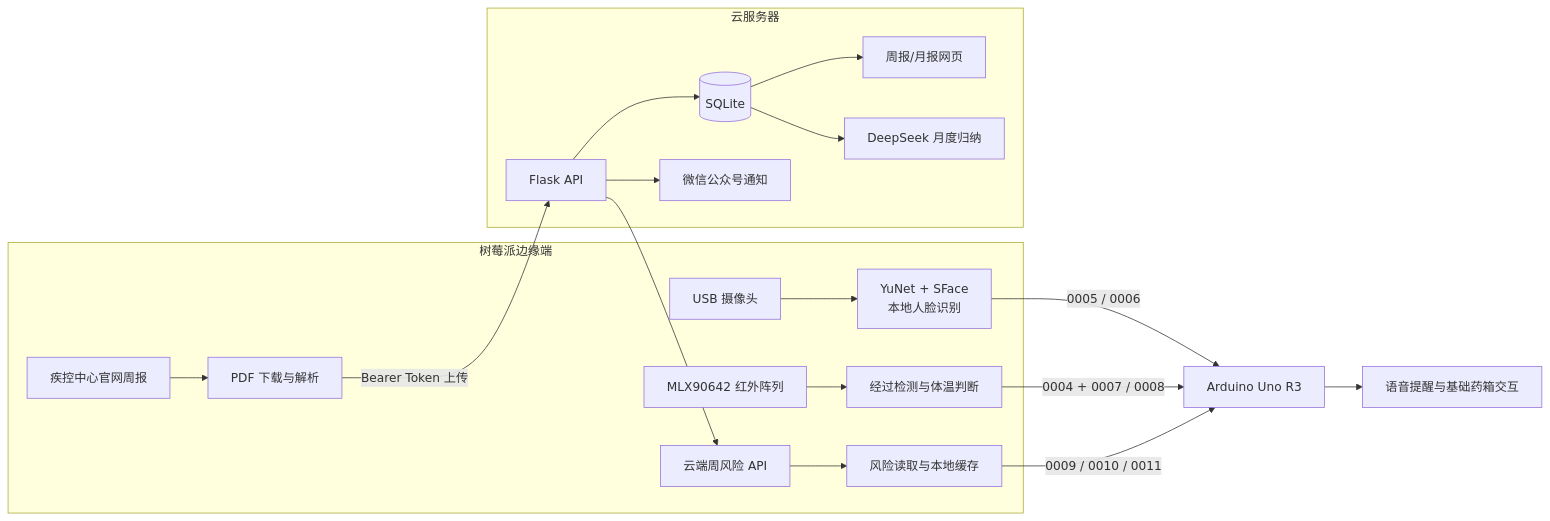
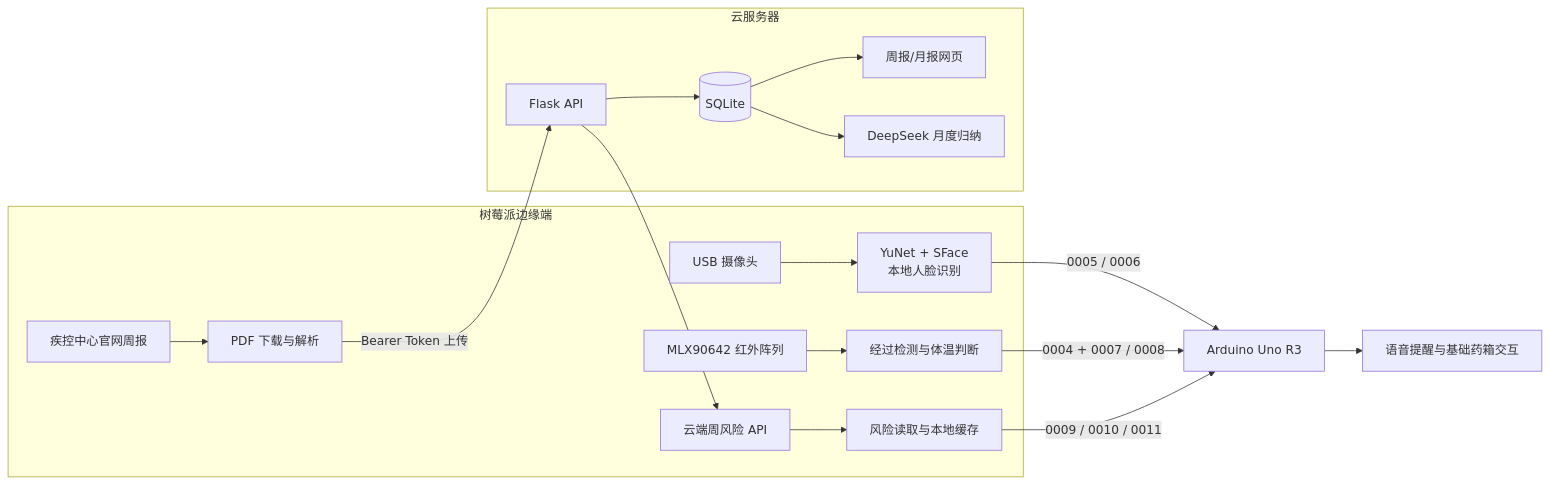
The diagram in README.md (hun01108-eng/medicine-box-face-demo), drawn with Mermaid before and after one commit. The commit also changed other lines of this file and 16 other files, not shown here.

````diff
--- a/README.md
+++ b/README.md
@@ -26,24 +25,23 @@
 ```mermaid
 flowchart LR
     subgraph Edge[树莓派边缘端]
         USB[USB 摄像头] --> FACE[YuNet + SFace\n本地人脸识别]
         IR[MLX90642 红外阵列] --> THERMAL[经过检测与体温判断]
         CDC[疾控中心官网周报] --> WORKER[PDF 下载与解析]
         CLOUDAPI[云端周风险 API] --> RISK[风险读取与本地缓存]
     end
 
     WORKER -->|Bearer Token 上传| API
 
     subgraph Cloud[云服务器]
         API[Flask API] --> DB[(SQLite)]
         DB --> WEB[周报/月报网页]
         DB --> AI[DeepSeek 月度归纳]
-        API --> WECHAT[微信公众号通知]
     end
 
     API --> CLOUDAPI
     FACE -->|0005 / 0006| UNO[Arduino Uno R3]
     THERMAL -->|0004 + 0007 / 0008| UNO
     RISK -->|0009 / 0010 / 0011| UNO
     UNO --> AUDIO[语音提醒与基础药箱交互]
 ```
````
